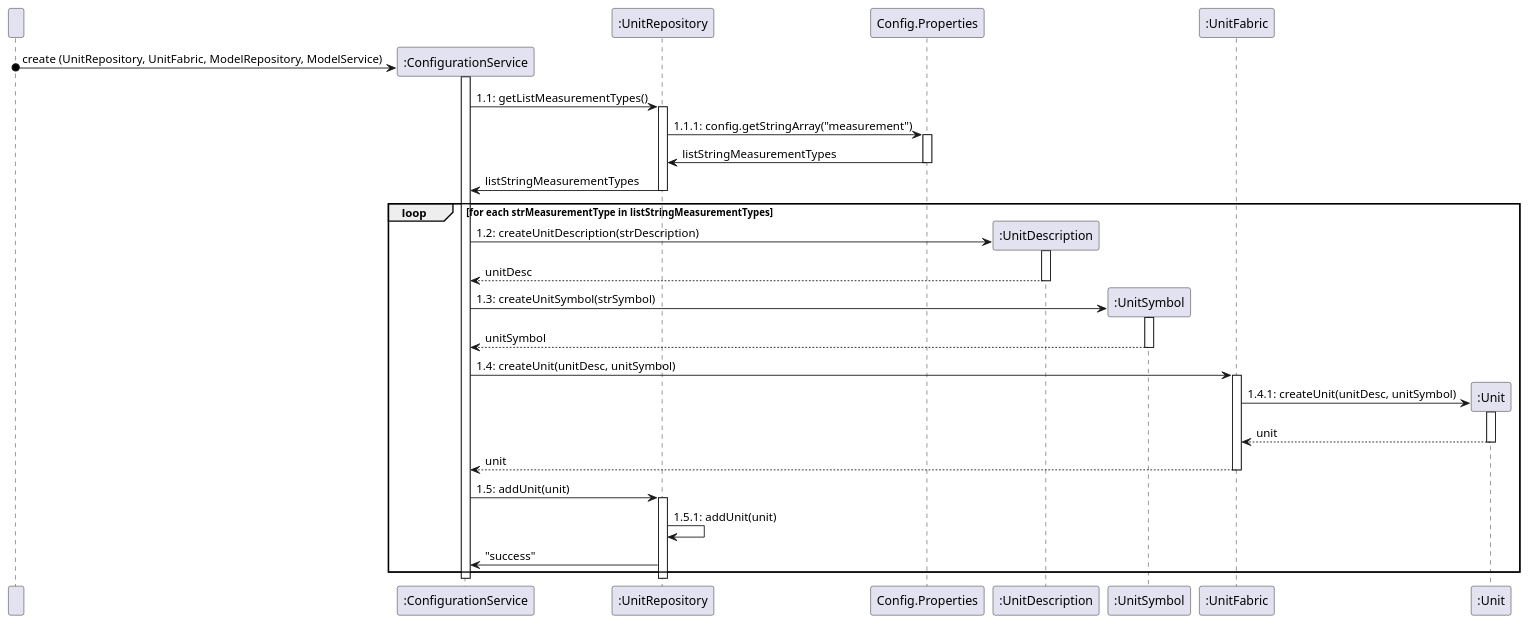
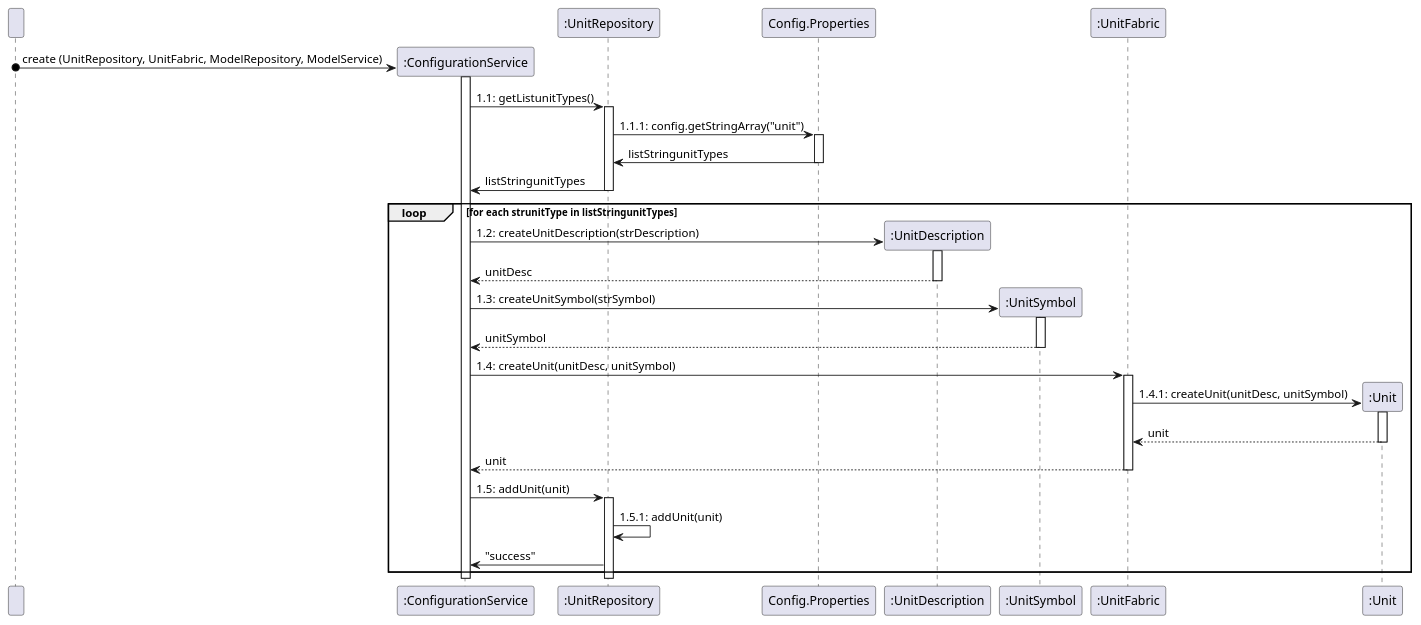
One commit to olivDiogo/SmartHome changed the diagram in docs/useCases/uc04_toDefineSensorType/artifacts/uc04_SDLoadUnits.puml. Above: the diagram before and after it, drawn with PlantUML. The commit also changed 42 other files, not shown here.

```diff
--- a/docs/useCases/uc04_toDefineSensorType/artifacts/uc04_SDLoadUnits.puml
+++ b/docs/useCases/uc04_toDefineSensorType/artifacts/uc04_SDLoadUnits.puml
@@ -1,49 +1,49 @@
 @startuml
 participant " " as started
 participant ":ConfigurationService" as config
 participant ":UnitRepository" as unitRepo
 participant "Config.Properties" as configProps
 participant ":UnitDescription" as unitDesc
 participant ":UnitSymbol" as unitSymbol
 participant ":UnitFabric" as unitFabric
 participant ":Unit" as unit
 
 create config
 started o-> config : create (UnitRepository, UnitFabric, ModelRepository, ModelService)
 activate config
-config -> unitRepo : 1.1: getListMeasurementTypes()
+config -> unitRepo : 1.1: getListunitTypes()
 activate unitRepo
-unitRepo -> configProps : 1.1.1: config.getStringArray("measurement")
+unitRepo -> configProps : 1.1.1: config.getStringArray("unit")
 activate configProps
-configProps -> unitRepo : listStringMeasurementTypes
+configProps -> unitRepo : listStringunitTypes
 deactivate configProps
-unitRepo -> config : listStringMeasurementTypes
+unitRepo -> config : listStringunitTypes
 deactivate unitRepo
 create unitDesc
-loop for each strMeasurementType in listStringMeasurementTypes
+loop for each strunitType in listStringunitTypes
 config -> unitDesc : 1.2: createUnitDescription(strDescription)
 activate unitDesc
 unitDesc --> config : unitDesc
 deactivate unitDesc
 create unitSymbol
 config -> unitSymbol : 1.3: createUnitSymbol(strSymbol)
 activate unitSymbol
 unitSymbol --> config : unitSymbol
 deactivate unitSymbol
 config -> unitFabric : 1.4: createUnit(unitDesc, unitSymbol)
 activate unitFabric
 create unit
 unitFabric -> unit : 1.4.1: createUnit(unitDesc, unitSymbol)
 activate unit
 unit --> unitFabric : unit
 deactivate unit
 unitFabric --> config : unit
 deactivate unitFabric
 config -> unitRepo : 1.5: addUnit(unit)
 activate unitRepo
 unitRepo -> unitRepo : 1.5.1: addUnit(unit)
 unitRepo -> config : "success"
 end
 deactivate unitRepo
 deactivate config
 @enduml
```
